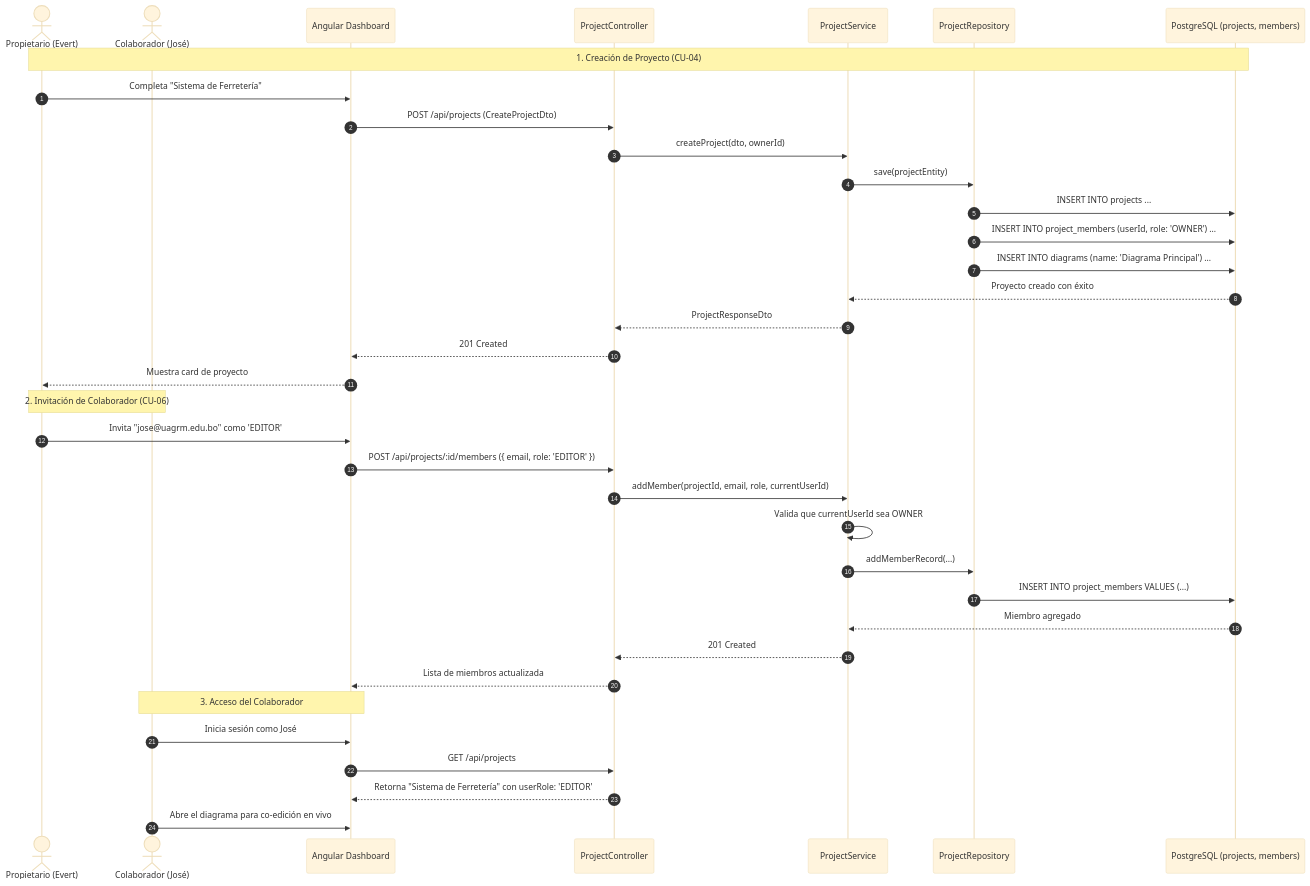
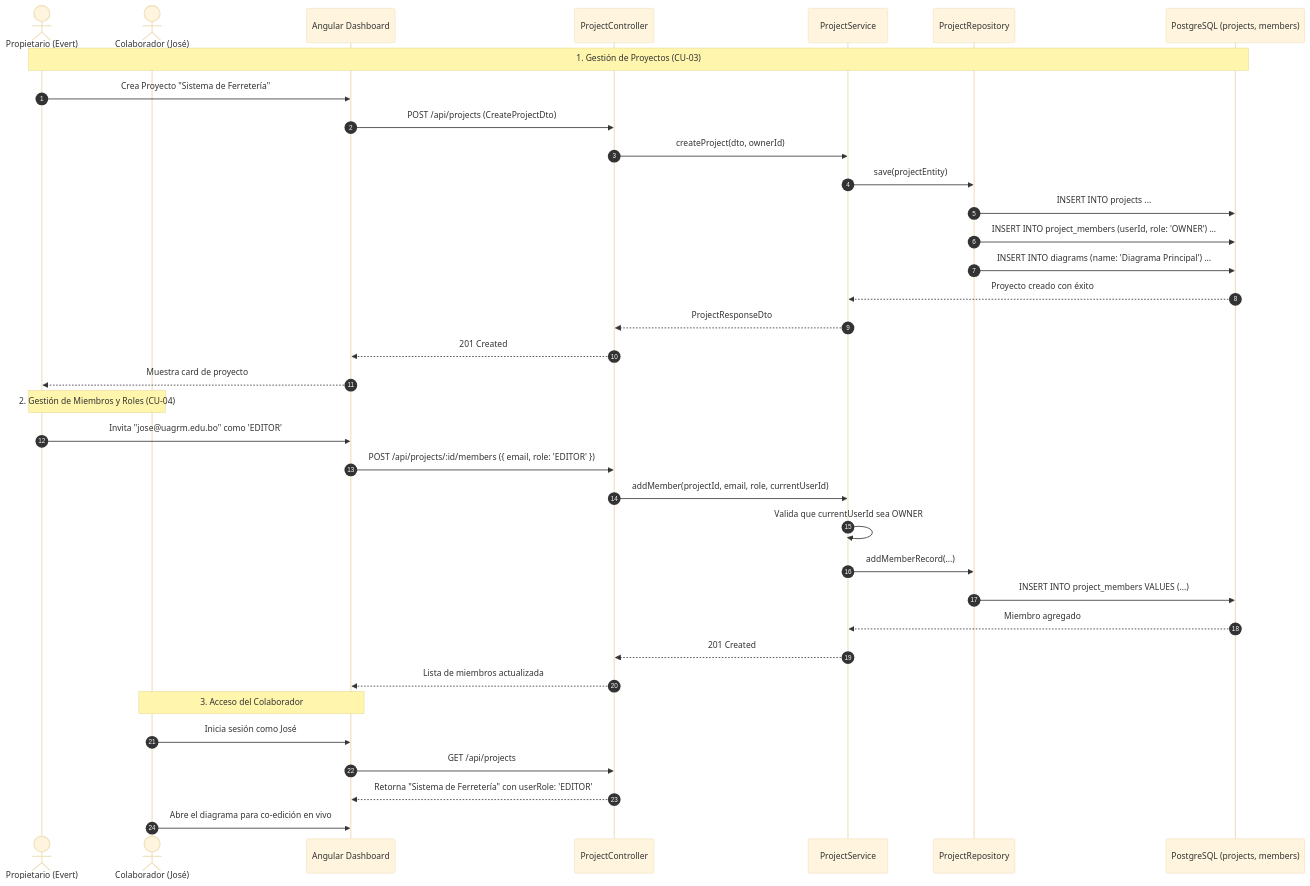
The diagram in docs/modules/projects.md (evert-aov/sw1_parcial1_backend), drawn with Mermaid (base theme) before and after one commit. The commit also changed other lines of this file and 3 other files, not shown here.

Commit message:
docs: refactor and renumber use cases across auth (CU01-02), projects (CU03-04), diagrams (CU05-08), and collaboration (CU09-11)

````diff
--- a/docs/modules/projects.md
+++ b/docs/modules/projects.md
@@ -94,41 +82,41 @@
 ```mermaid
 sequenceDiagram
     autonumber
     actor Owner as Propietario (Evert)
     actor Collab as Colaborador (José)
     participant UI as Angular Dashboard
     participant API as ProjectController
     participant Srv as ProjectService
     participant Repo as ProjectRepository
     participant DB as PostgreSQL (projects, members)
 
-    Note over Owner,DB: 1. Creación de Proyecto (CU-04)
-    Owner->>UI: Completa "Sistema de Ferretería"
+    Note over Owner,DB: 1. Gestión de Proyectos (CU-03)
+    Owner->>UI: Crea Proyecto "Sistema de Ferretería"
     UI->>API: POST /api/projects (CreateProjectDto)
     API->>Srv: createProject(dto, ownerId)
     Srv->>Repo: save(projectEntity)
     Repo->>DB: INSERT INTO projects ...
     Repo->>DB: INSERT INTO project_members (userId, role: 'OWNER') ...
     Repo->>DB: INSERT INTO diagrams (name: 'Diagrama Principal') ...
     DB-->>Srv: Proyecto creado con éxito
     Srv-->>API: ProjectResponseDto
     API-->>UI: 201 Created
     UI-->>Owner: Muestra card de proyecto
 
-    Note over Owner,Collab: 2. Invitación de Colaborador (CU-06)
+    Note over Owner,Collab: 2. Gestión de Miembros y Roles (CU-04)
     Owner->>UI: Invita "jose@uagrm.edu.bo" como 'EDITOR'
     UI->>API: POST /api/projects/:id/members ({ email, role: 'EDITOR' })
     API->>Srv: addMember(projectId, email, role, currentUserId)
     Srv->>Srv: Valida que currentUserId sea OWNER
     Srv->>Repo: addMemberRecord(...)
     Repo->>DB: INSERT INTO project_members VALUES (...)
     DB-->>Srv: Miembro agregado
     Srv-->>API: 201 Created
     API-->>UI: Lista de miembros actualizada
 
     Note over Collab,UI: 3. Acceso del Colaborador
     Collab->>UI: Inicia sesión como José
     UI->>API: GET /api/projects
     API-->>UI: Retorna "Sistema de Ferretería" con userRole: 'EDITOR'
     Collab->>UI: Abre el diagrama para co-edición en vivo
 ```
````
